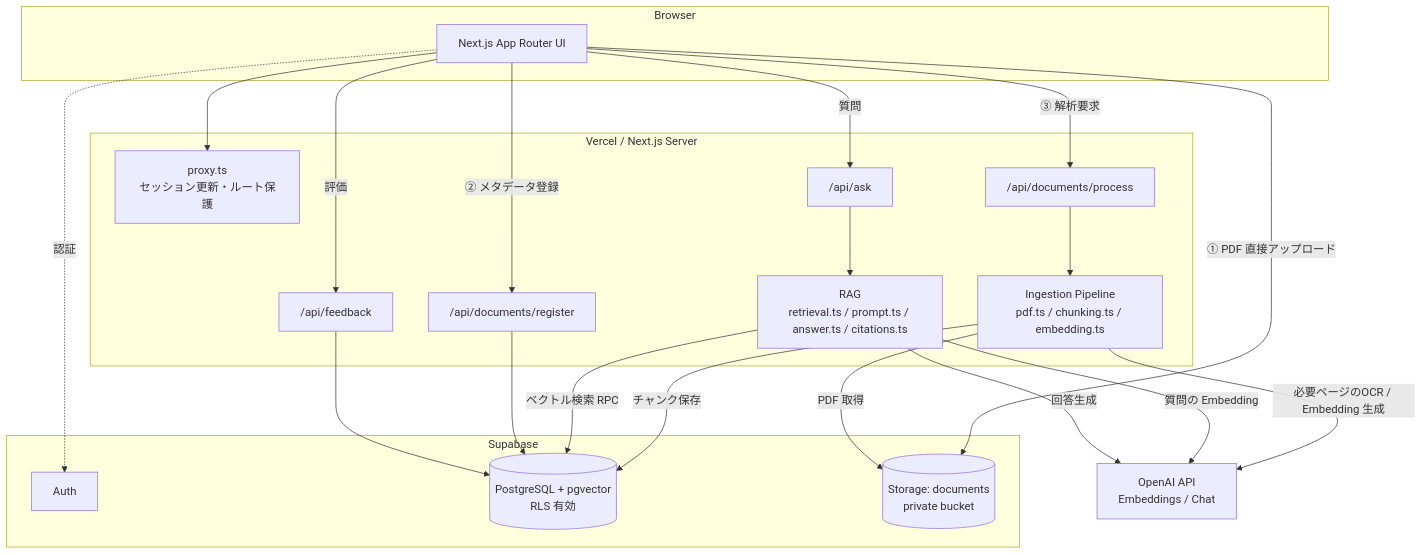
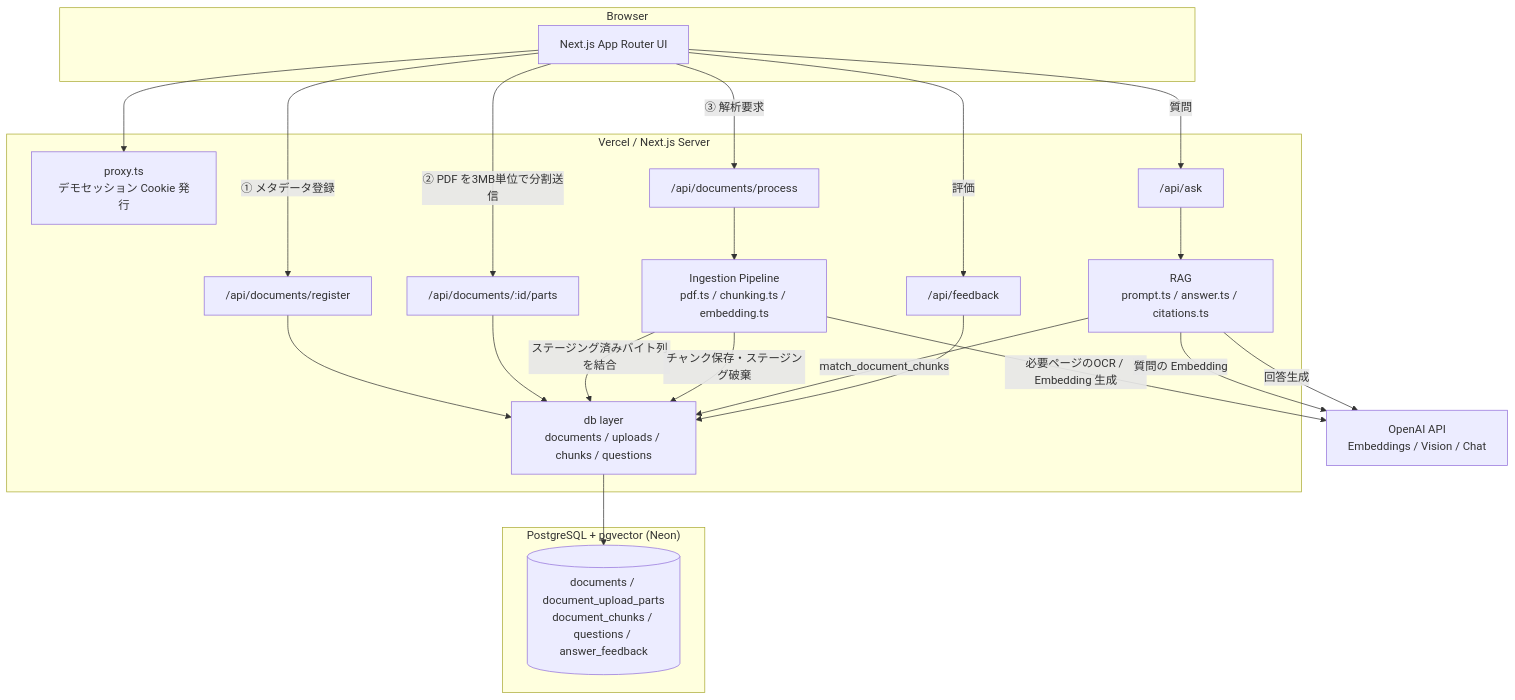
The first of 3 diagrams in README.md (aicmode/enterprise-rag-knowledge-ai), drawn with Mermaid before and after one commit. The commit also changed other lines of this file and 67 other files, not shown here.

Commit message:
feat: migrate RAG backend from Supabase to PostgreSQL

````diff
--- a/README.md
+++ b/README.md
@@ -121,45 +129,45 @@
 ```mermaid
 graph TB
     subgraph Browser
         UI[Next.js App Router UI]
     end
 
     subgraph Vercel["Vercel / Next.js Server"]
-        MW[proxy.ts<br/>セッション更新・ルート保護]
+        MW[proxy.ts<br/>デモセッション Cookie 発行]
         API_REG["/api/documents/register"]
+        API_PART["/api/documents/:id/parts"]
         API_PROC["/api/documents/process"]
         API_ASK["/api/ask"]
         API_FB["/api/feedback"]
+        DBL[db layer<br/>documents / uploads / chunks / questions]
         PIPE[Ingestion Pipeline<br/>pdf.ts / chunking.ts / embedding.ts]
-        RAG[RAG<br/>retrieval.ts / prompt.ts / answer.ts / citations.ts]
+        RAG[RAG<br/>prompt.ts / answer.ts / citations.ts]
     end
 
-    subgraph Supabase
-        AUTH[Auth]
-        DB[(PostgreSQL + pgvector<br/>RLS 有効)]
-        ST[(Storage: documents<br/>private bucket)]
+    subgraph Neon["PostgreSQL + pgvector (Neon)"]
+        DB[(documents / document_upload_parts<br/>document_chunks / questions / answer_feedback)]
     end
 
-    OPENAI[OpenAI API<br/>Embeddings / Chat]
+    OPENAI[OpenAI API<br/>Embeddings / Vision / Chat]
 
-    UI -->|"① PDF 直接アップロード"| ST
-    UI -->|"② メタデータ登録"| API_REG
+    UI --> MW
+    UI -->|"① メタデータ登録"| API_REG
+    UI -->|"② PDF を3MB単位で分割送信"| API_PART
     UI -->|"③ 解析要求"| API_PROC
     UI -->|"質問"| API_ASK
     UI -->|"評価"| API_FB
 
-    UI -.認証.-> AUTH
-    UI --> MW
-
+    API_REG --> DBL
+    API_PART --> DBL
     API_PROC --> PIPE
-    PIPE -->|"PDF 取得"| ST
+    PIPE -->|"ステージング済みバイト列を結合"| DBL
     PIPE -->|"必要ページのOCR / Embedding 生成"| OPENAI
-    PIPE -->|"チャンク保存"| DB
+    PIPE -->|"チャンク保存・ステージング破棄"| DBL
 
     API_ASK --> RAG
     RAG -->|"質問の Embedding"| OPENAI
-    RAG -->|"ベクトル検索 RPC"| DB
+    RAG -->|"match_document_chunks"| DBL
     RAG -->|"回答生成"| OPENAI
-    API_REG --> DB
-    API_FB --> DB
+    API_FB --> DBL
+    DBL --> DB
 ```
````
